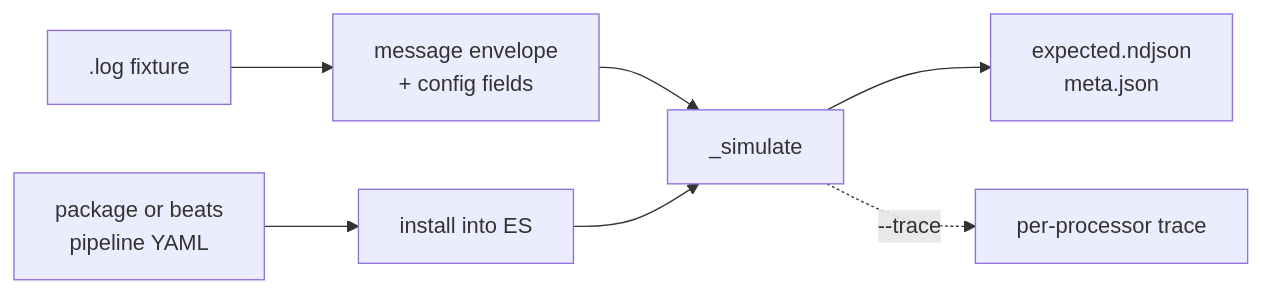
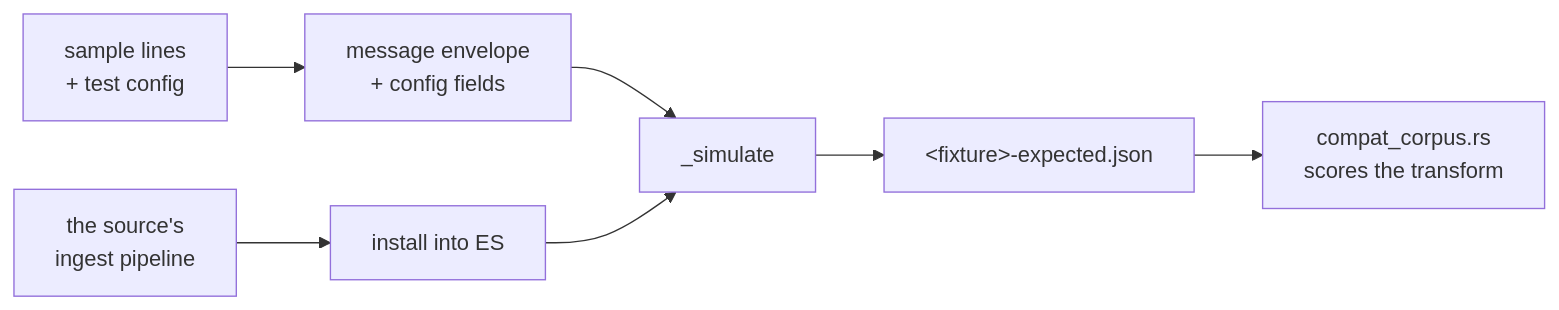
Before and after one commit to hyperi-io/dfe-transform-elastic: the diagram in docs/compat.md, drawn with Mermaid. The commit also changed other lines of this file and 6416 other files, not shown here.

````diff
--- a/docs/compat.md
+++ b/docs/compat.md
@@ -15,9 +7,9 @@
 ```mermaid
 flowchart LR
-    L[".log fixture"] --> B["message envelope<br/>+ config fields"]
-    P["package or beats<br/>pipeline YAML"] --> I["install into ES"]
+    L["sample lines<br/>+ test config"] --> B["message envelope<br/>+ config fields"]
+    P["the source's<br/>ingest pipeline"] --> I["install into ES"]
     B --> S["_simulate"]
     I --> S
-    S --> C["expected.ndjson<br/>meta.json"]
-    S -.->|"--trace"| T["per-processor trace"]
+    S --> C["&lt;fixture&gt;-expected.json"]
+    C --> T["compat_corpus.rs<br/>scores the transform"]
 ```
````
